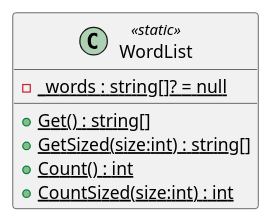
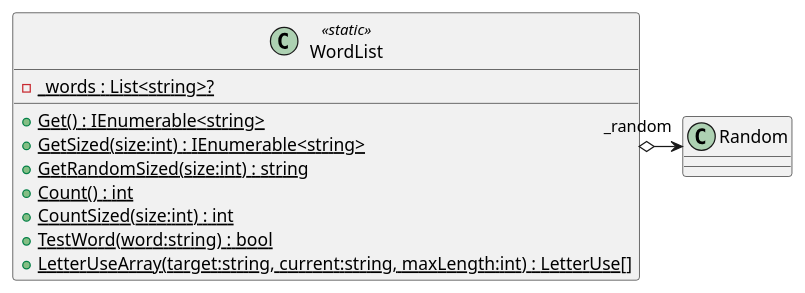
Before and after one commit to Caellian/UNIRI_OP_project: the diagram in PlantUML/Model/WordList.puml, drawn with PlantUML. The commit also changed 17 other files, not shown here.

```diff
--- a/PlantUML/Model/WordList.puml
+++ b/PlantUML/Model/WordList.puml
@@ -1,9 +1,13 @@
 @startuml
 class WordList <<static>> {
-    - {static} _words : string[]? = null
-    + {static} Get() : string[]
-    + {static} GetSized(size:int) : string[]
+    - {static} _words : List<string>?
+    + {static} Get() : IEnumerable<string>
+    + {static} GetSized(size:int) : IEnumerable<string>
+    + {static} GetRandomSized(size:int) : string
     + {static} Count() : int
     + {static} CountSized(size:int) : int
+    + {static} TestWord(word:string) : bool
+    + {static} LetterUseArray(target:string, current:string, maxLength:int) : LetterUse[]
 }
+WordList o-> "_random" Random
 @enduml
```
